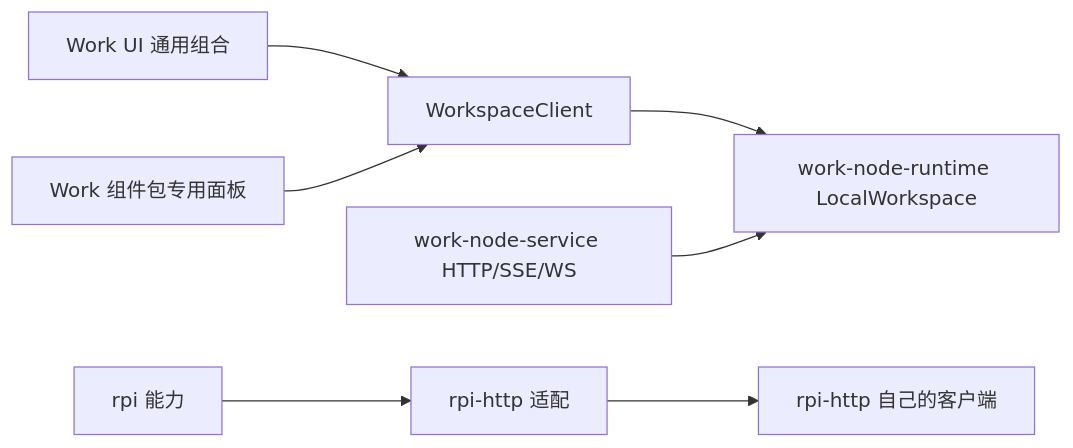
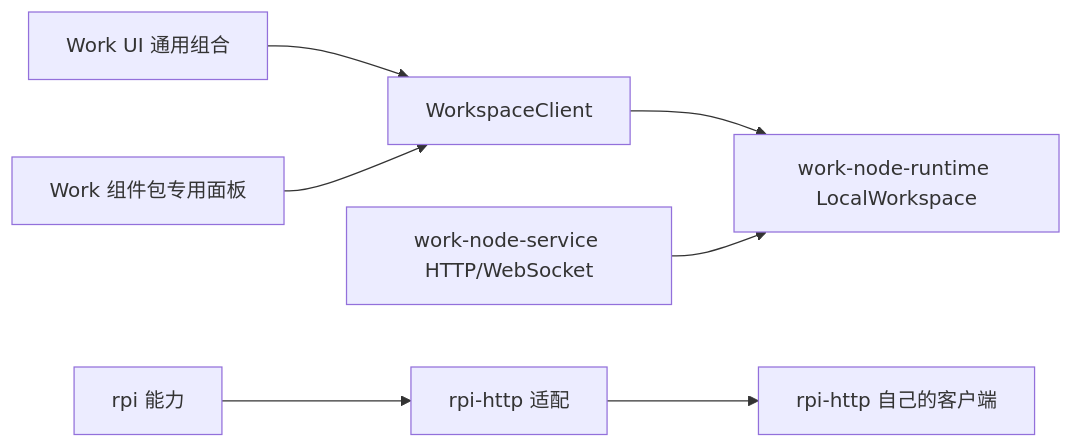
The diagram in docs/architecture/component-composition.md (pi-rust/rpi-work), drawn with Mermaid before and after one commit. The commit also changed other lines of this file and 103 other files, not shown here.

````diff
--- a/docs/architecture/component-composition.md
+++ b/docs/architecture/component-composition.md
@@ -20,9 +20,9 @@
 ```mermaid
 flowchart LR
   Work[Work UI 通用组合] --> Client[WorkspaceClient]
   Client --> Owner[work-node-runtime LocalWorkspace]
-  HTTP[work-node-service HTTP/SSE/WS] --> Owner
+  HTTP[work-node-service HTTP/WebSocket] --> Owner
   Panel[Work 组件包专用面板] --> Client
   Rpi[rpi 能力] --> RpiHttp[rpi-http 适配]
   RpiHttp --> RpiClients[rpi-http 自己的客户端]
 ```
````
